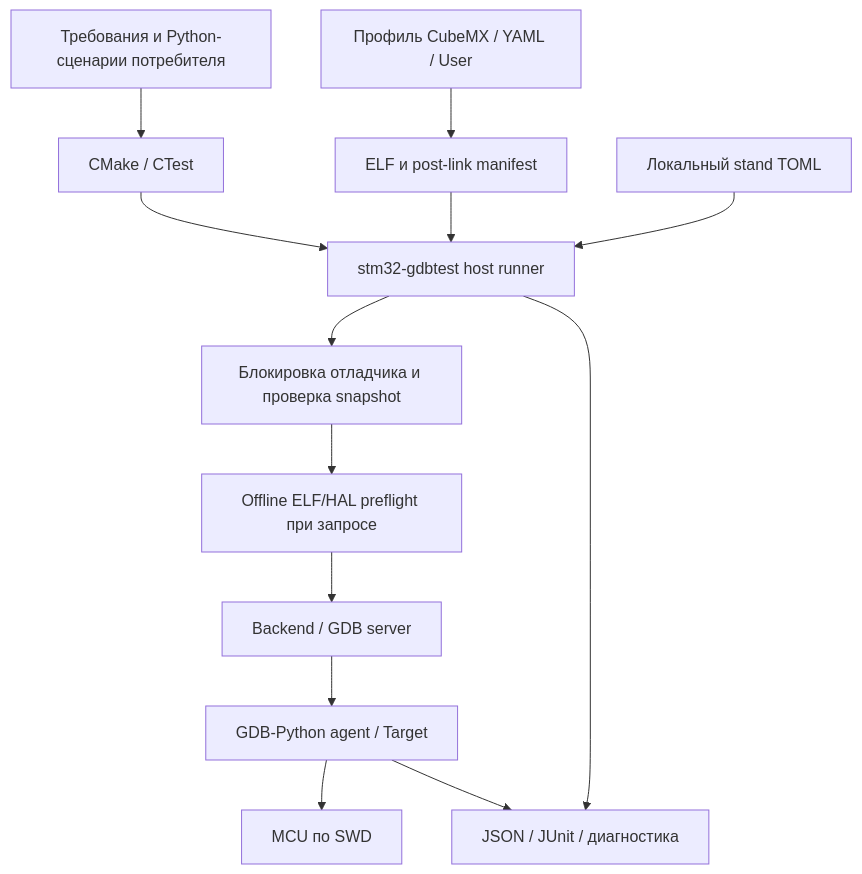
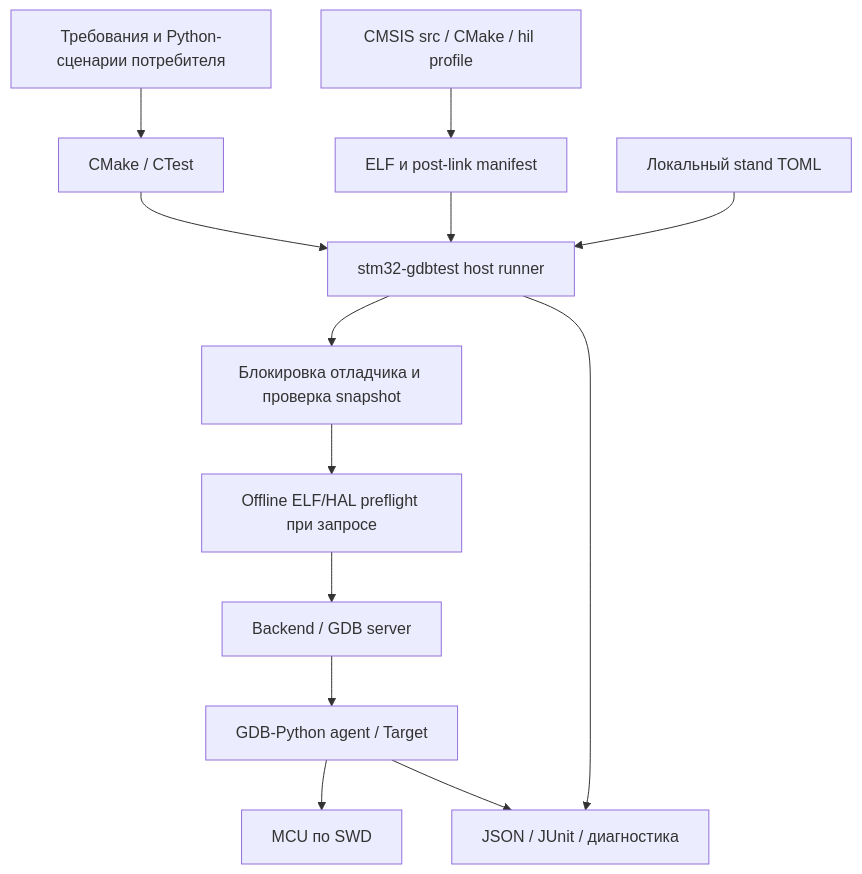
One commit to ViacheslavMezentsev/stm32-hwtest-blackpill changed the diagram in docs/HWTEST_ARCHITECTURE_V2.md. Above: the diagram before and after it, drawn with Mermaid. The commit also changed other lines of this file and 13 other files, not shown here.

````diff
--- a/docs/HWTEST_ARCHITECTURE_V2.md
+++ b/docs/HWTEST_ARCHITECTURE_V2.md
@@ -42,15 +38,15 @@
 ```mermaid
 flowchart TD
-    P[Профиль CubeMX / YAML / User] --> E[ELF и post-link manifest]
+    P[CMSIS src / CMake / hil profile] --> E[ELF и post-link manifest]
     T[Требования и Python-сценарии потребителя] --> C[CMake / CTest]
     C --> R[stm32-gdbtest host runner]
     E --> R
     S[Локальный stand TOML] --> R
     R --> L[Блокировка отладчика и проверка snapshot]
     L --> O[Offline ELF/HAL preflight при запросе]
     O --> B[Backend / GDB server]
     B --> A[GDB-Python agent / Target]
     A --> M[MCU по SWD]
     A --> J[JSON / JUnit / диагностика]
     R --> J
 ```
````
